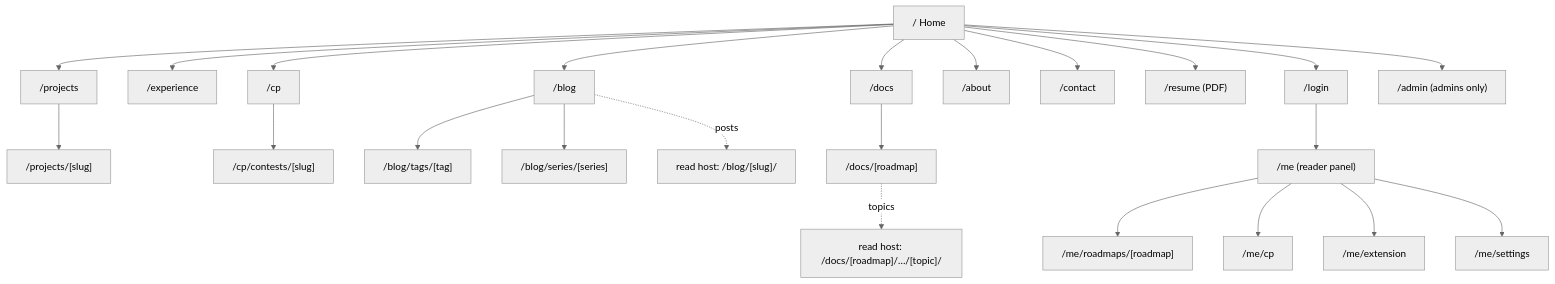
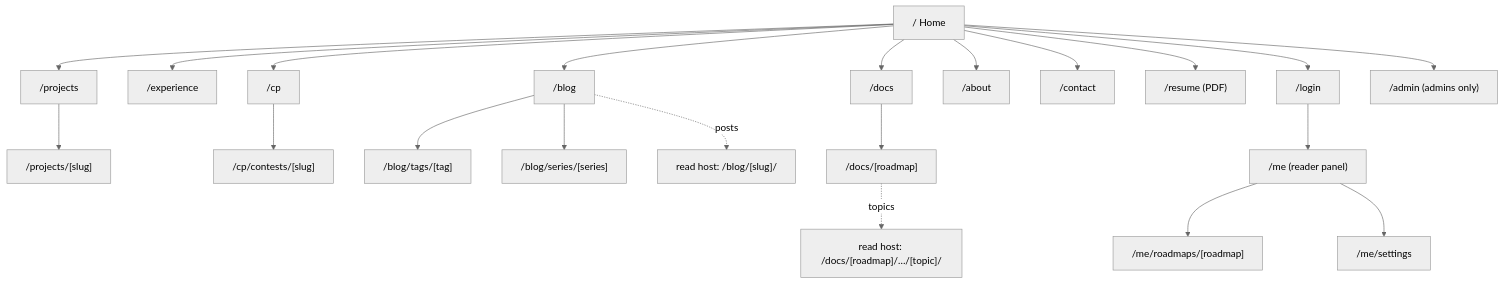
Before and after one commit to eyasir329/portfolio: the first of 2 diagrams in docs/03-information-architecture.md, drawn with Mermaid (neutral theme). The commit also changed other lines of this file and 24 other files, not shown here.

````diff
--- a/docs/03-information-architecture.md
+++ b/docs/03-information-architecture.md
@@ -24,20 +26,18 @@
 ```mermaid
 flowchart TD
   H["/ Home"] --> W["/projects"] --> WD["/projects/[slug]"]
   H --> E["/experience"]
   H --> CP["/cp"] --> CPC["/cp/contests/[slug]"]
   H --> B["/blog"] --> BT["/blog/tags/[tag]"]
   B --> BS["/blog/series/[series]"]
   B -. "posts" .-> RB["read host: /blog/[slug]/"]
   H --> D["/docs"] --> DR["/docs/[roadmap]"]
   DR -. "topics" .-> RD["read host: /docs/[roadmap]/…/[topic]/"]
   H --> A["/about"]
   H --> C["/contact"]
   H --> R["/resume (PDF)"]
   H --> L["/login"] --> ME["/me (reader panel)"]
   ME --> MER["/me/roadmaps/[roadmap]"]
-  ME --> MEC["/me/cp"]
-  ME --> MEX["/me/extension"]
   ME --> MES["/me/settings"]
   H --> ADM["/admin (admins only)"]
 ```
````
